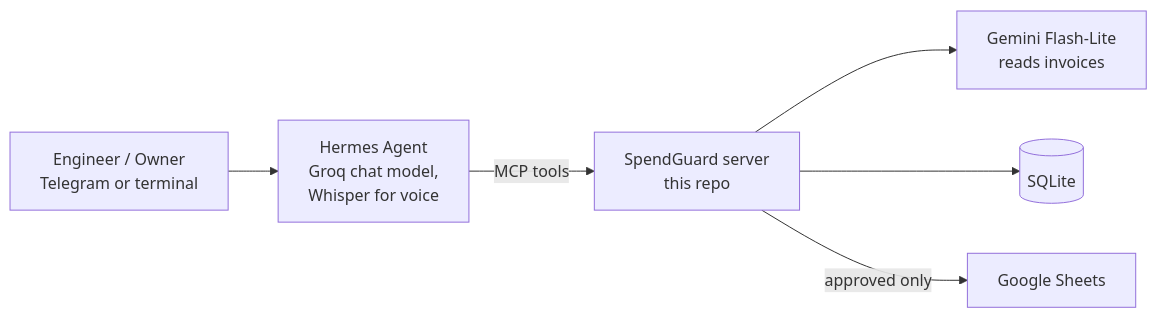
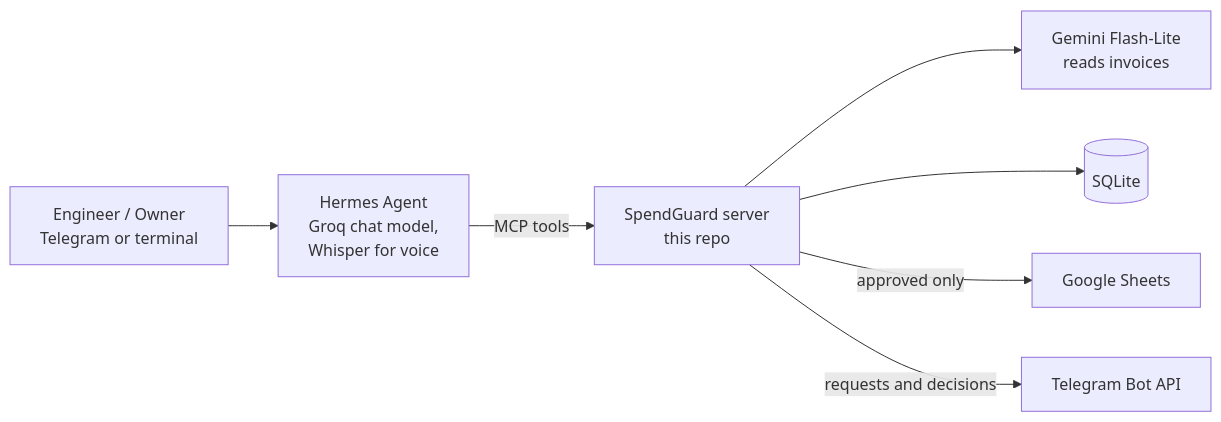
Before and after one commit to maryamosama33/spendguard-agent: the diagram in README.md, drawn with Mermaid. The commit also changed other lines of this file, not shown here.

````diff
--- a/README.md
+++ b/README.md
@@ -118,8 +143,9 @@
 ```mermaid
 flowchart LR
     U[Engineer / Owner<br/>Telegram or terminal] --> H[Hermes Agent<br/>Groq chat model,<br/>Whisper for voice]
     H -->|MCP tools| S[SpendGuard server<br/>this repo]
     S --> G[Gemini Flash-Lite<br/>reads invoices]
     S --> D[(SQLite)]
     S -->|approved only| GS[Google Sheets]
+    S -->|requests and decisions| T[Telegram Bot API]
 ```
````
